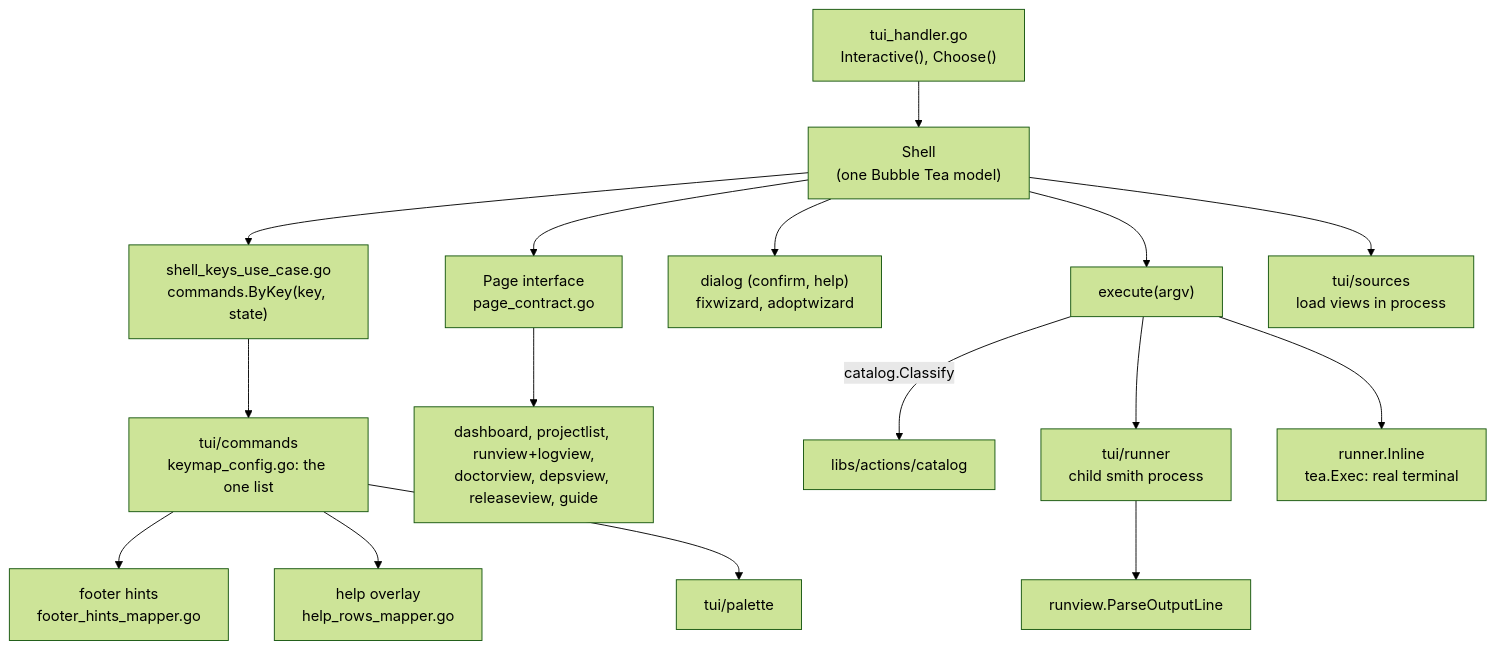
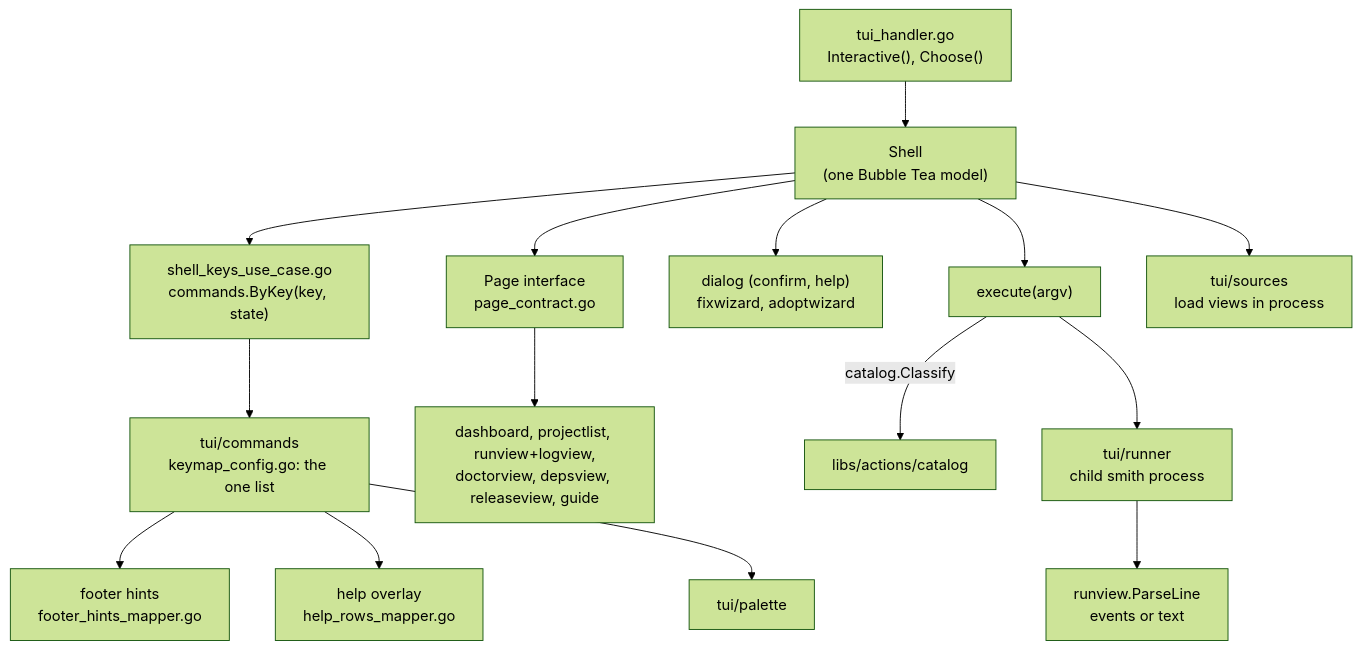
One commit to monosmith-app/monosmith changed the first of 2 diagrams in docs/architecture/tui-architecture.md. Above: the diagram before and after it, drawn with Mermaid (forest theme). The commit also changed other lines of this file and 26 other files, not shown here.

````diff
--- a/docs/architecture/tui-architecture.md
+++ b/docs/architecture/tui-architecture.md
@@ -35,18 +35,17 @@
 ```mermaid
 flowchart TD
   handler["tui_handler.go<br/>Interactive(), Choose()"] --> shell["Shell<br/>(one Bubble Tea model)"]
   shell --> keys["shell_keys_use_case.go<br/>commands.ByKey(key, state)"]
   keys --> keymap["tui/commands<br/>keymap_config.go: the one list"]
   keymap --> footer["footer hints<br/>footer_hints_mapper.go"]
   keymap --> help["help overlay<br/>help_rows_mapper.go"]
   keymap --> palette["tui/palette"]
   shell --> pages["Page interface<br/>page_contract.go"]
   pages --> views["dashboard, projectlist, runview+logview,<br/>doctorview, depsview, releaseview, guide"]
   shell --> dialogs["dialog (confirm, help)<br/>fixwizard, adoptwizard"]
   shell --> exec["execute(argv)"]
   exec -->|"catalog.Classify"| classify["libs/actions/catalog"]
   exec --> runner["tui/runner<br/>child smith process"]
-  exec --> inline["runner.Inline<br/>tea.Exec: real terminal"]
   shell --> sources["tui/sources<br/>load views in process"]
-  runner --> runview["runview.ParseOutputLine"]
+  runner --> runview["runview.ParseLine<br/>events or text"]
 ```
````
